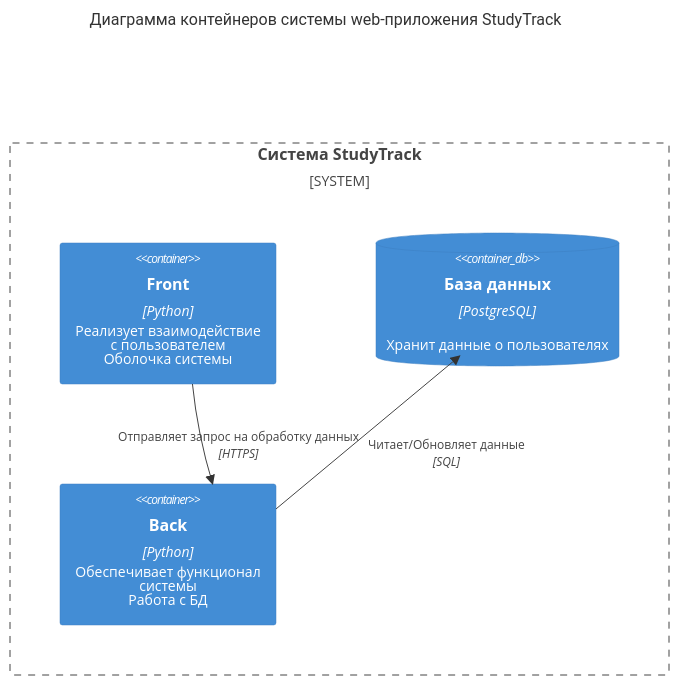
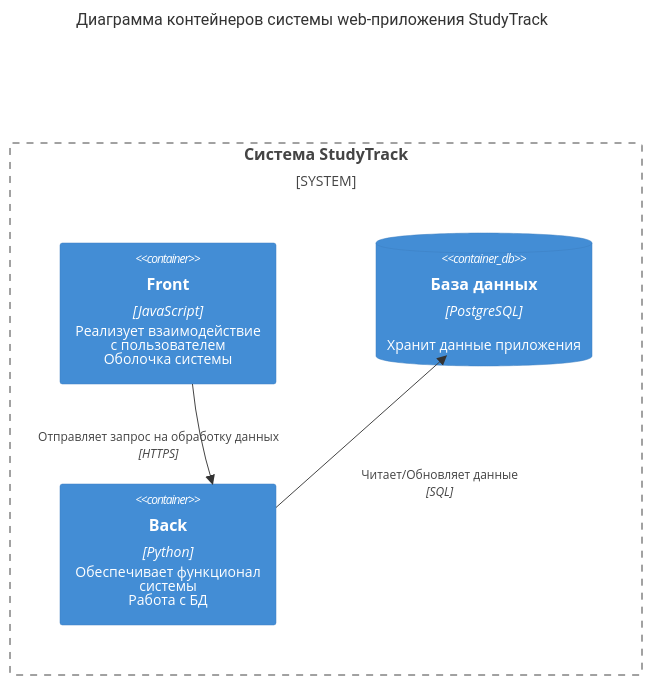
One commit to hse-perm-sandbox/study-track-docs changed the diagram in c4/containers.md. Above: the diagram before and after it, drawn with Mermaid.

Commit message:
Исправил ошибки

````diff
--- a/c4/containers.md
+++ b/c4/containers.md
@@ -4,17 +4,17 @@
 ```mermaid
 C4Container
     title Диаграмма контейнеров системы web-приложения StudyTrack
 
     System_Boundary(boundary, "Система StudyTrack") {
-        Container(front, "Front", "Python", "Реализует взаимодействие <br>с пользователем <br>Оболочка системы")
-        ContainerDb(db, "База данных", "PostgreSQL", "Хранит данные о пользователях")
+        Container(front, "Front", "JavaScript", "Реализует взаимодействие <br>с пользователем <br>Оболочка системы")
+        ContainerDb(db, "База данных", "PostgreSQL", "Хранит данные приложения")
         Container(back, "Back", "Python", "Обеспечивает функционал <br>системы <br>Работа с БД")
     }
 
     Rel(back, db, "Читает/Обновляет данные", "SQL")
     Rel(front, back, "Отправляет запрос на обработку данных", "HTTPS")
 
-    UpdateRelStyle(back, db, $offsetY="10")
-    UpdateRelStyle(front, back, $offsetX="-85")
+    UpdateRelStyle(back, db, $offsetY="40")
+    UpdateRelStyle(front, back, $offsetX="-165")
     UpdateLayoutConfig($c4ShapeInRow="2", $c4BoundaryInRow="1")
 ```
````
